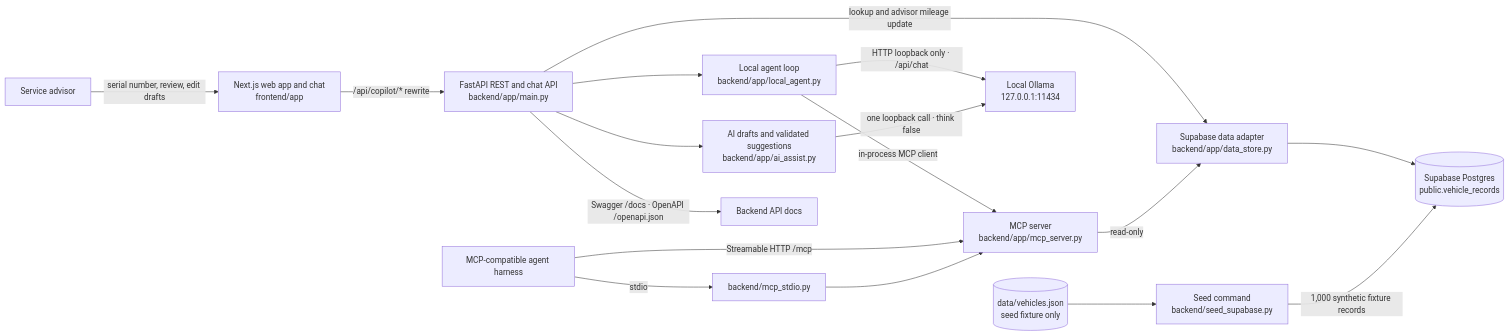
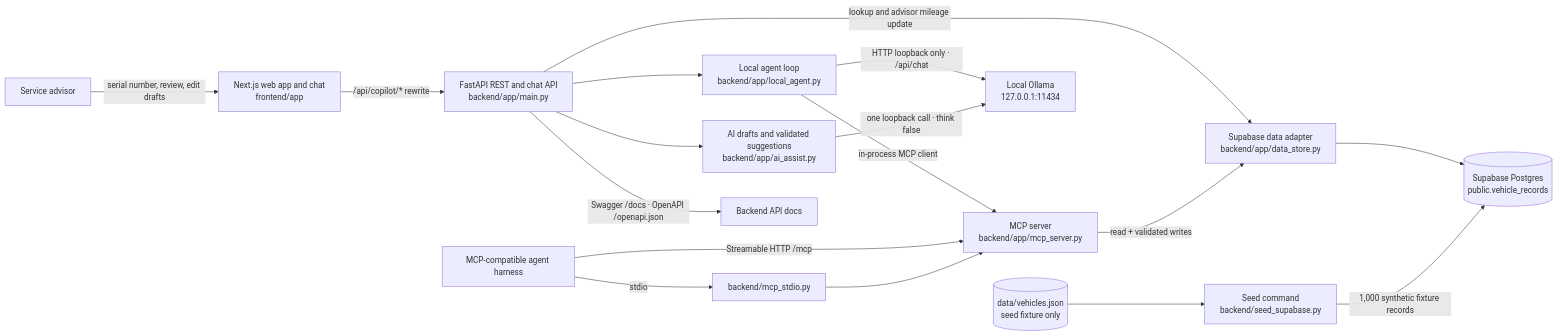
Before and after one commit to arsalanshakil-dev/service-lane-copilot: the diagram in README.md, drawn with Mermaid. The commit also changed other lines of this file and 21 other files, not shown here.

````diff
--- a/README.md
+++ b/README.md
@@ -13,19 +13,19 @@
 ```mermaid
 flowchart LR
     Advisor[Service advisor] -->|serial number, review, edit drafts| Web[Next.js web app and chat\nfrontend/app]
     Web -->|/api/copilot/* rewrite| API[FastAPI REST and chat API\nbackend/app/main.py]
     API -->|lookup and advisor mileage update| Store[Supabase data adapter\nbackend/app/data_store.py]
     Store --> Data[(Supabase Postgres\npublic.vehicle_records)]
     Seed[Seed command\nbackend/seed_supabase.py] -->|1,000 synthetic fixture records| Data
     Fixture[(data/vehicles.json\nseed fixture only)] --> Seed
     API --> Agent[Local agent loop\nbackend/app/local_agent.py]
     Agent -->|HTTP loopback only · /api/chat| Ollama[Local Ollama\n127.0.0.1:11434]
     API --> Assist[AI drafts and validated suggestions\nbackend/app/ai_assist.py]
     Assist -->|one loopback call · think false| Ollama
     Agent -->|in-process MCP client| MCP
     Harness[MCP-compatible agent harness] -->|Streamable HTTP /mcp| MCP[MCP server\nbackend/app/mcp_server.py]
     Harness -->|stdio| Launcher[backend/mcp_stdio.py]
     Launcher --> MCP
-    MCP -->|read-only| Store
+    MCP -->|read + validated writes| Store
     API -->|Swagger /docs · OpenAPI /openapi.json| Docs[Backend API docs]
 ```
````
